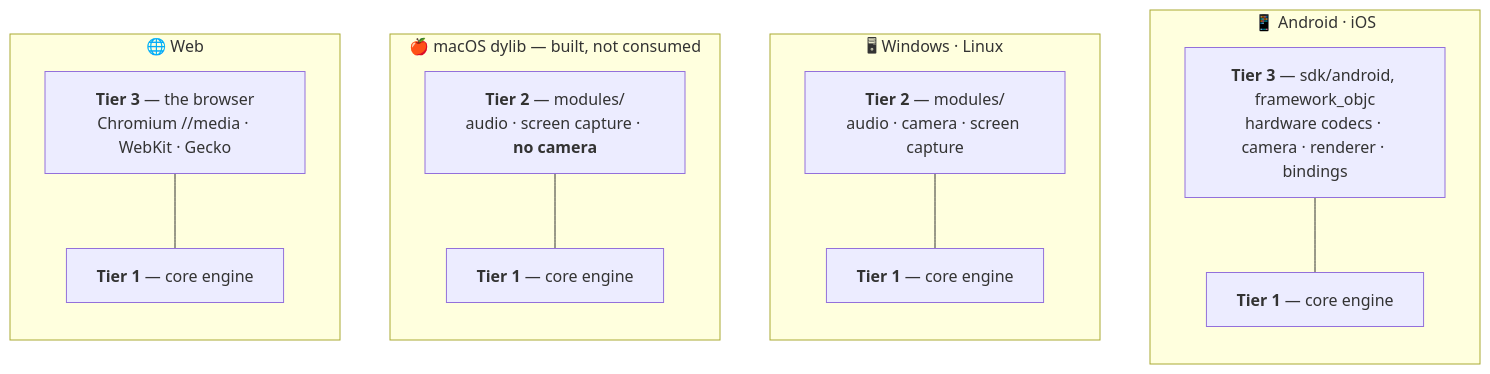
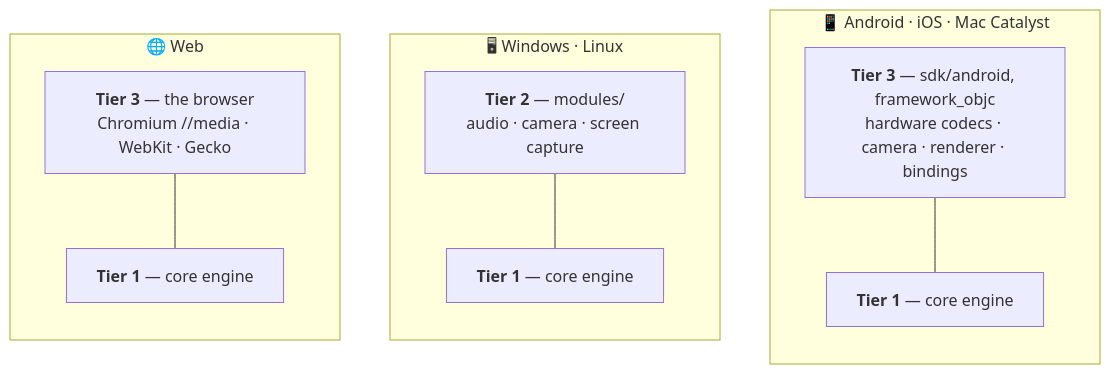
Before and after one commit to melihercan/WebRTCnative: the diagram in wiki/Platform-layers.md, drawn with Mermaid. The commit also changed other lines of this file and 5 other files, not shown here.

First line of the commit message:
Give Mac Catalyst the column instead of macOS

````diff
--- a/wiki/Platform-layers.md
+++ b/wiki/Platform-layers.md
@@ -34,27 +34,21 @@
 ```mermaid
 flowchart TB
-    subgraph MOBILE["📱 Android · iOS"]
+    subgraph MOBILE["📱 Android · iOS · Mac Catalyst"]
         direction TB
         M3["<b>Tier 3</b> — sdk/android, framework_objc<br/>hardware codecs · camera · renderer · bindings"]
         M1["<b>Tier 1</b> — core engine"]
         M3 --- M1
     end
     subgraph DESK["🖥 Windows · Linux"]
         direction TB
         D2["<b>Tier 2</b> — modules/<br/>audio · camera · screen capture"]
         D1["<b>Tier 1</b> — core engine"]
         D2 --- D1
     end
-    subgraph MAC["🍎 macOS dylib — built, not consumed"]
-        direction TB
-        C2["<b>Tier 2</b> — modules/<br/>audio · screen capture · <b>no camera</b>"]
-        C1["<b>Tier 1</b> — core engine"]
-        C2 --- C1
-    end
     subgraph WEB["🌐 Web"]
         direction TB
         W3["<b>Tier 3</b> — the browser<br/>Chromium //media · WebKit · Gecko"]
         W1["<b>Tier 1</b> — core engine"]
         W3 --- W1
     end
 ```
````
